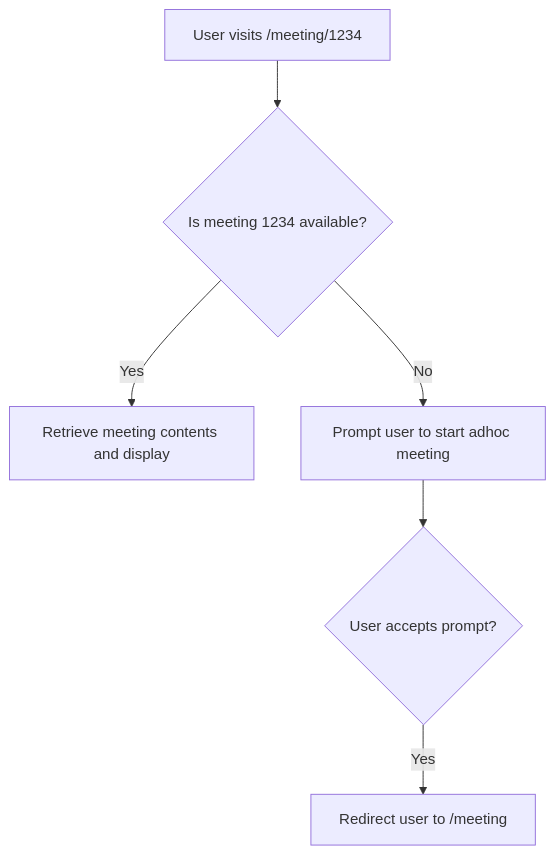
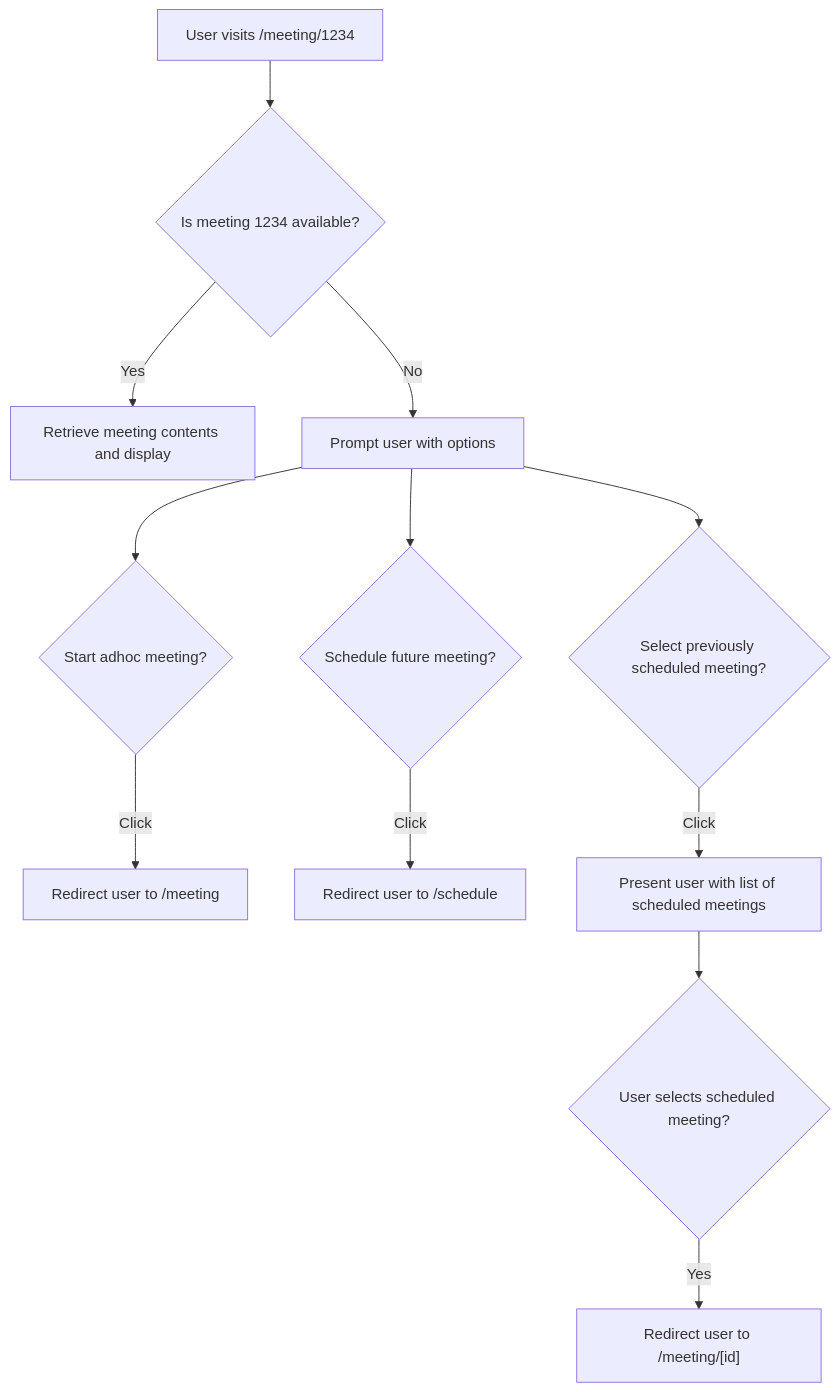
One commit to RyanFrantz/budgenda-next changed the diagram in docs/meeting-flow.md. Above: the diagram before and after it, drawn with Mermaid.

Commit message:
I thought through the flow some more
- Includes more options such as allowing a user to schedule a future meeting or select a previously scheduled meeting.

````diff
--- a/docs/meeting-flow.md
+++ b/docs/meeting-flow.md
@@ -5,8 +5,14 @@
 ```mermaid
   flowchart TD
     A[User visits /meeting/1234] --> B{Is meeting 1234 available?}
     B -- Yes --> C[Retrieve meeting contents and display]
-    B -- No --> D[Prompt user to start adhoc meeting]
-    D --> E{User accepts prompt?}
-    E -- Yes --> F[Redirect user to /meeting]
+    B -- No --> D[Prompt user with options]
+    D --> E{Start adhoc meeting?}
+    E -- Click --> F[Redirect user to /meeting]
+    D --> G{Schedule future meeting?}
+    G -- Click --> H[Redirect user to /schedule]
+    D --> I{Select previously scheduled meeting?}
+    I -- Click --> J[Present user with list of scheduled meetings]
+    J --> K{User selects scheduled meeting?}
+    K -- Yes --> L["Redirect user to /meeting/[id]"]
 ```
````
